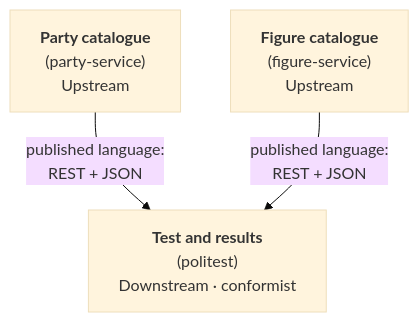
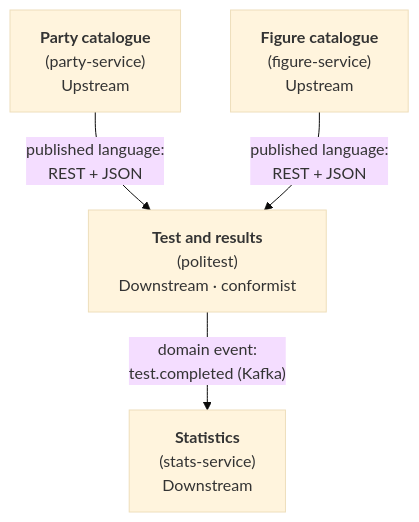
One commit to paugg05/politest changed the second of 2 diagrams in README.md. Above: the diagram before and after it, drawn with Mermaid (base theme). The commit also changed other lines of this file and 40 other files, not shown here.

Commit message:
Add Kafka event publishing and stats-service

````diff
--- a/README.md
+++ b/README.md
@@ -47,9 +61,11 @@
 ```mermaid
 flowchart TB
     W["<b>Test and results</b><br/>(politest)<br/>Downstream · conformist"]
     P["<b>Party catalogue</b><br/>(party-service)<br/>Upstream"]
     F["<b>Figure catalogue</b><br/>(figure-service)<br/>Upstream"]
+    S["<b>Statistics</b><br/>(stats-service)<br/>Downstream"]
 
     P -- "published language:<br/>REST + JSON" --> W
     F -- "published language:<br/>REST + JSON" --> W
+    W -- "domain event:<br/>test.completed (Kafka)" --> S
 ```
````
